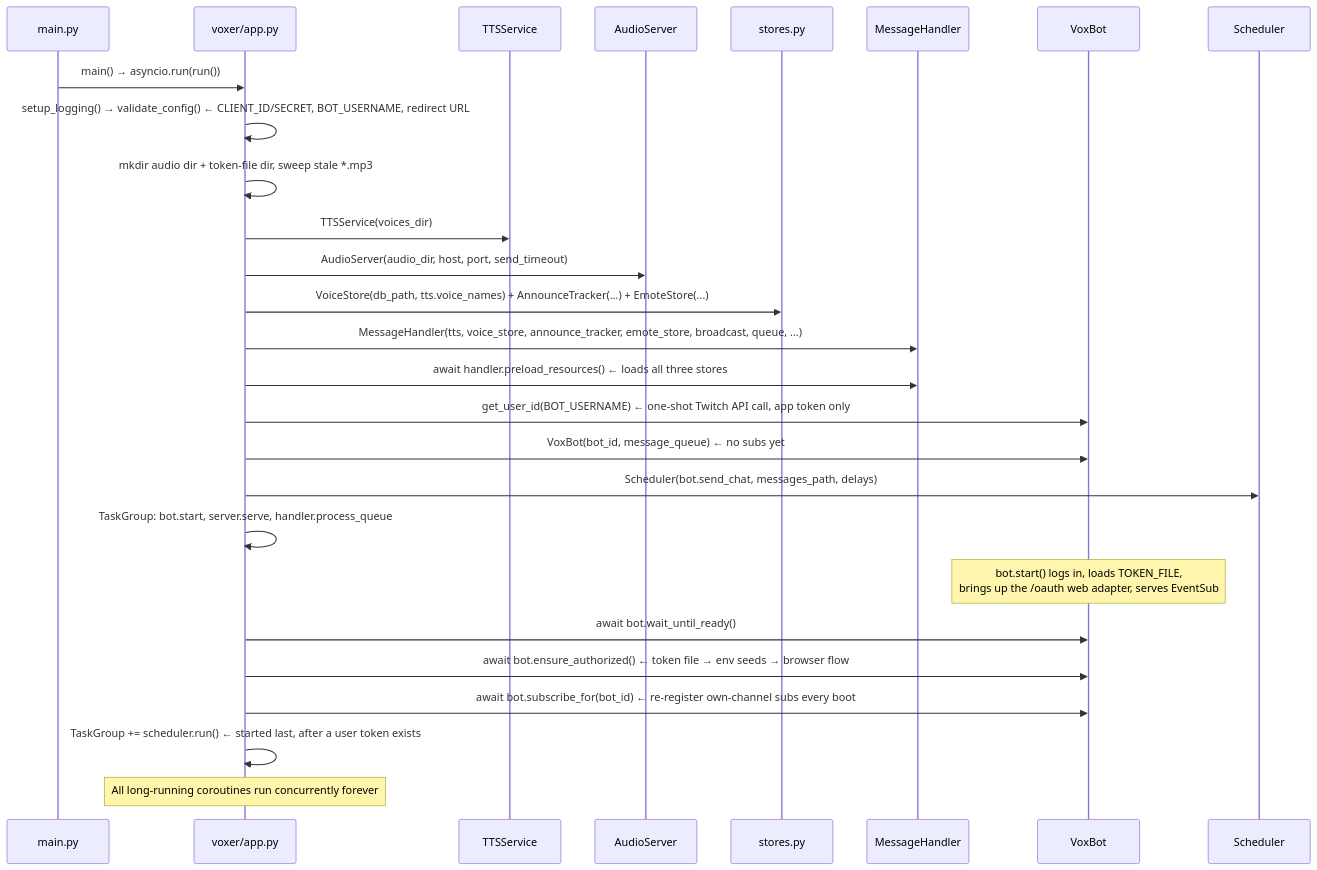
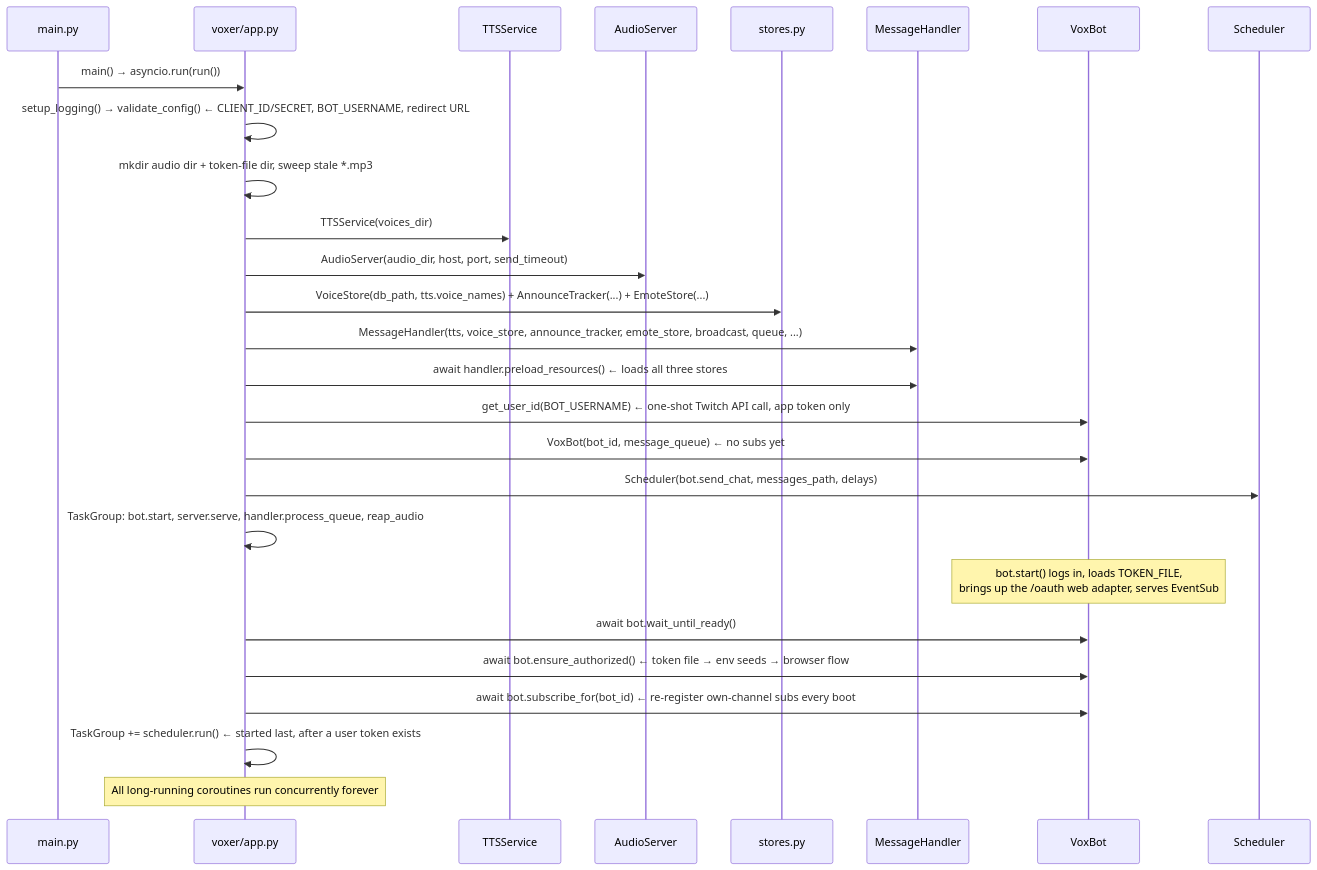
Before and after one commit to w0rxbend/twitch-voxer: the second of 8 diagrams in ARCHITECTURE.md, drawn with Mermaid. The commit also changed other lines of this file and 5 other files, not shown here.

````diff
--- a/ARCHITECTURE.md
+++ b/ARCHITECTURE.md
@@ -87,30 +87,30 @@
 ```mermaid
 sequenceDiagram
     participant main as main.py
     participant app as voxer/app.py
     participant tts as TTSService
     participant srv as AudioServer
     participant sto as stores.py
     participant hdl as MessageHandler
     participant bot as VoxBot
     participant sch as Scheduler
 
     main->>app: main() → asyncio.run(run())
     app->>app: setup_logging() → validate_config()  ← CLIENT_ID/SECRET, BOT_USERNAME, redirect URL
     app->>app: mkdir audio dir + token-file dir, sweep stale *.mp3
     app->>tts: TTSService(voices_dir)
     app->>srv: AudioServer(audio_dir, host, port, send_timeout)
     app->>sto: VoiceStore(db_path, tts.voice_names) + AnnounceTracker(...) + EmoteStore(...)
     app->>hdl: MessageHandler(tts, voice_store, announce_tracker, emote_store, broadcast, queue, ...)
     app->>hdl: await handler.preload_resources()  ← loads all three stores
     app->>bot: get_user_id(BOT_USERNAME)  ← one-shot Twitch API call, app token only
     app->>bot: VoxBot(bot_id, message_queue)  ← no subs yet
     app->>sch: Scheduler(bot.send_chat, messages_path, delays)
-    app->>app: TaskGroup: bot.start, server.serve, handler.process_queue
+    app->>app: TaskGroup: bot.start, server.serve, handler.process_queue, reap_audio
     Note over bot: bot.start() logs in, loads TOKEN_FILE,<br/>brings up the /oauth web adapter, serves EventSub
     app->>bot: await bot.wait_until_ready()
     app->>bot: await bot.ensure_authorized()  ← token file → env seeds → browser flow
     app->>bot: await bot.subscribe_for(bot_id)  ← re-register own-channel subs every boot
     app->>app: TaskGroup += scheduler.run()  ← started last, after a user token exists
     Note over app: All long-running coroutines run concurrently forever
 ```
````
